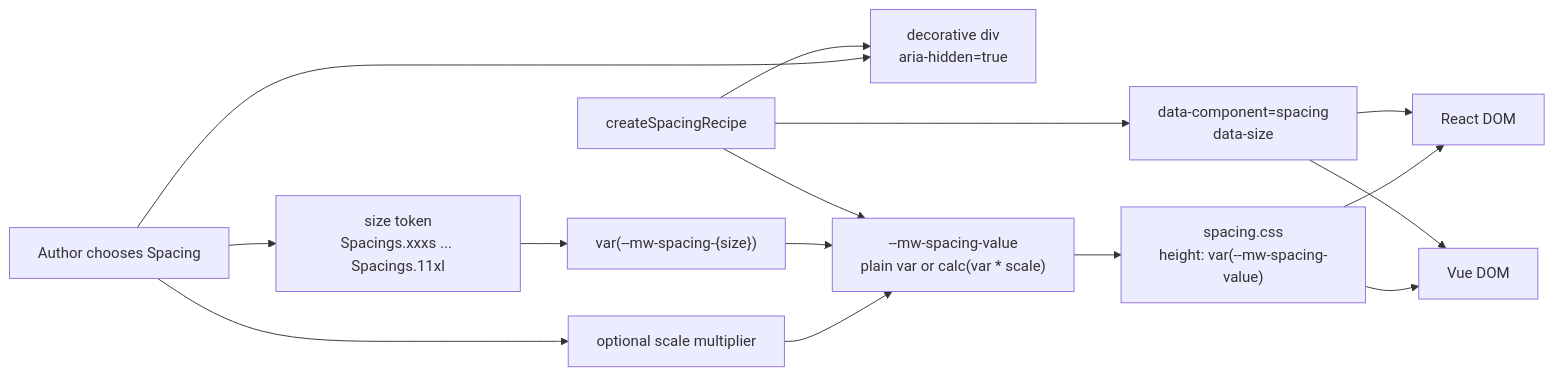
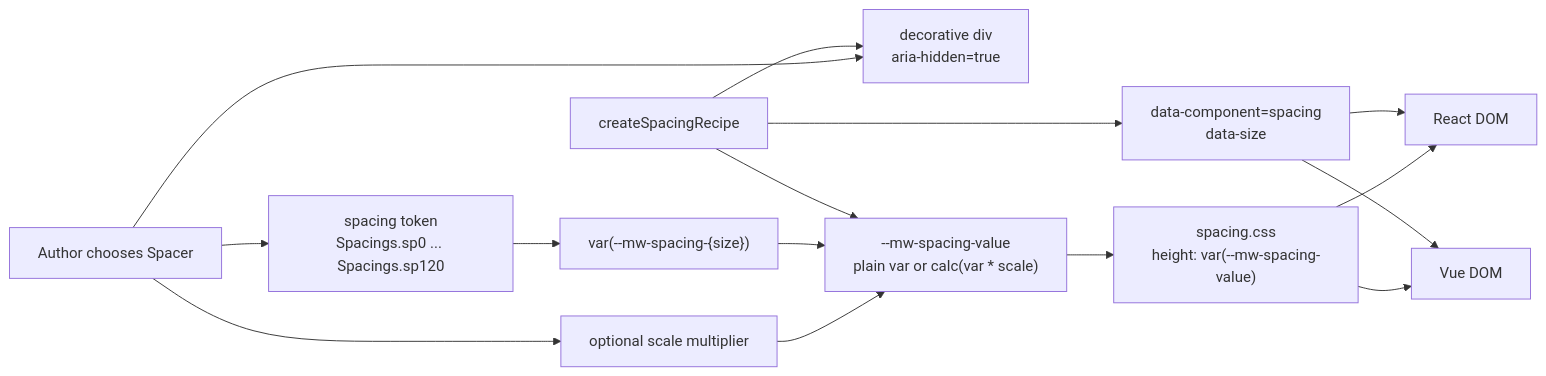
The third of 3 diagrams in docs/registry/families/spacing/README.md (niklas-westman/marwes), drawn with Mermaid before and after one commit. The commit also changed other lines of this file and 367 other files, not shown here.

````diff
--- a/docs/registry/families/spacing/README.md
+++ b/docs/registry/families/spacing/README.md
@@ -188,20 +188,20 @@
 ```mermaid
 flowchart LR
-  AuthorChoice["Author chooses Spacing"] --> DecorativeDiv["decorative div\naria-hidden=true"]
-  AuthorChoice --> SizeChoice["size token\nSpacings.xxxs ... Spacings.11xl"]
+  AuthorChoice["Author chooses Spacer"] --> DecorativeDiv["decorative div\naria-hidden=true"]
+  AuthorChoice --> SizeChoice["spacing token\nSpacings.sp0 ... Spacings.sp120"]
   AuthorChoice --> ScaleChoice["optional scale multiplier"]
 
   SizeChoice --> TokenRef["var(--mw-spacing-{size})"]
   ScaleChoice --> SpacingValue["--mw-spacing-value\nplain var or calc(var * scale)"]
   TokenRef --> SpacingValue
 
   Recipe["createSpacingRecipe"] --> LocalData["data-component=spacing\ndata-size"]
   Recipe --> DecorativeDiv
   Recipe --> SpacingValue
 
   SpacingValue --> CssHeight["spacing.css\nheight: var(--mw-spacing-value)"]
   CssHeight --> ReactDom["React DOM"]
   CssHeight --> VueDom["Vue DOM"]
   LocalData --> ReactDom
   LocalData --> VueDom
 ```
````
